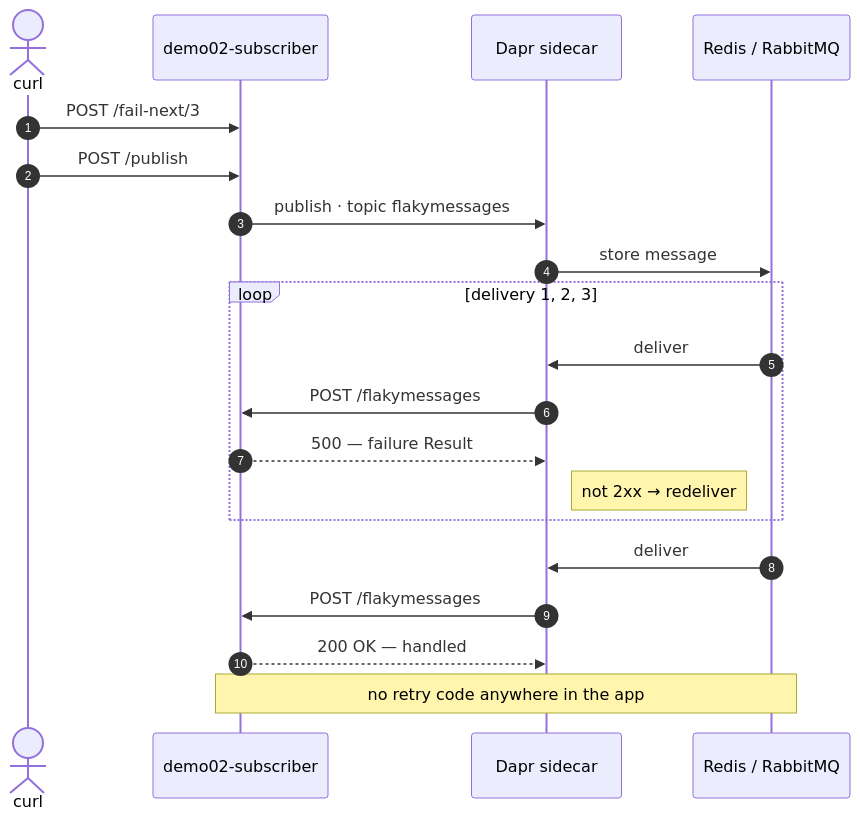
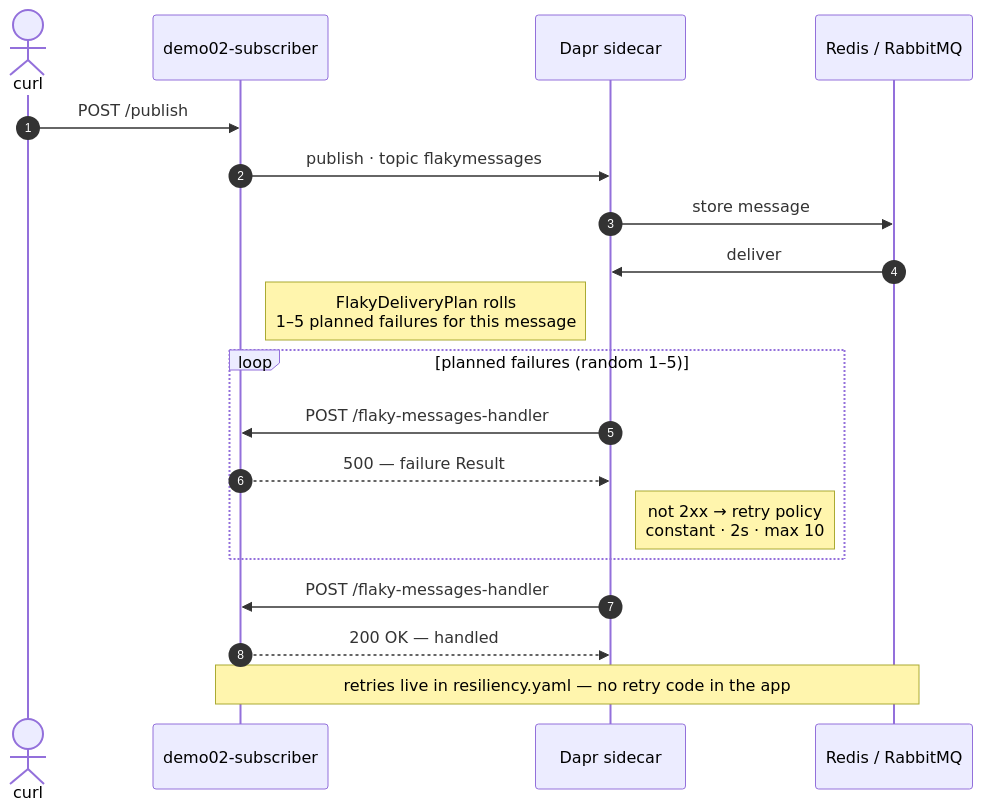
One commit to LRozeboom/DaprDemo changed the second of 4 diagrams in docs/diagrams.md. Above: the diagram before and after it, drawn with Mermaid. The commit also changed other lines of this file and 6 other files, not shown here.

````diff
--- a/docs/diagrams.md
+++ b/docs/diagrams.md
@@ -46,25 +46,24 @@
 ```mermaid
 sequenceDiagram
     autonumber
     actor C as curl
     participant A as demo02-subscriber
     participant D as Dapr sidecar
     participant R as Redis / RabbitMQ
 
-    C->>A: POST /fail-next/3
     C->>A: POST /publish
     A->>D: publish · topic flakymessages
     D->>R: store message
+    R->>D: deliver
+    Note right of A: FlakyDeliveryPlan rolls<br/>1–5 planned failures for this message
 
-    loop delivery 1, 2, 3
-        R->>D: deliver
-        D->>A: POST /flakymessages
+    loop planned failures (random 1–5)
+        D->>A: POST /flaky-messages-handler
         A-->>D: 500 — failure Result
-        Note right of D: not 2xx → redeliver
+        Note right of D: not 2xx → retry policy<br/>constant · 2s · max 10
     end
 
-    R->>D: deliver
-    D->>A: POST /flakymessages
+    D->>A: POST /flaky-messages-handler
     A-->>D: 200 OK — handled
-    Note over A,R: no retry code anywhere in the app
+    Note over A,R: retries live in resiliency.yaml — no retry code in the app
 ```
````
